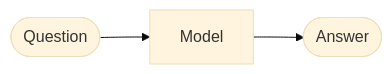
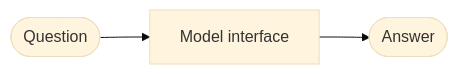
Before and after one commit to khanhtran0111/graph-engineering: the first of 6 diagrams in examples/research_agent/README.md, drawn with Mermaid (base theme). The commit also changed other lines of this file and 2 other files, not shown here.

````diff
--- a/examples/research_agent/README.md
+++ b/examples/research_agent/README.md
@@ -23,7 +64,7 @@
 ```mermaid
 flowchart LR
     accTitle: Research Agent Version Zero
-    accDescr: A question goes directly to one model computation and produces an answer.
+    accDescr: A question goes directly to one model interface and produces an answer.
 
-    question([Question]) --> model[Model] --> answer([Answer])
+    question_node([Question]) --> model_node[Model interface] --> answer_node([Answer])
 ```
````
